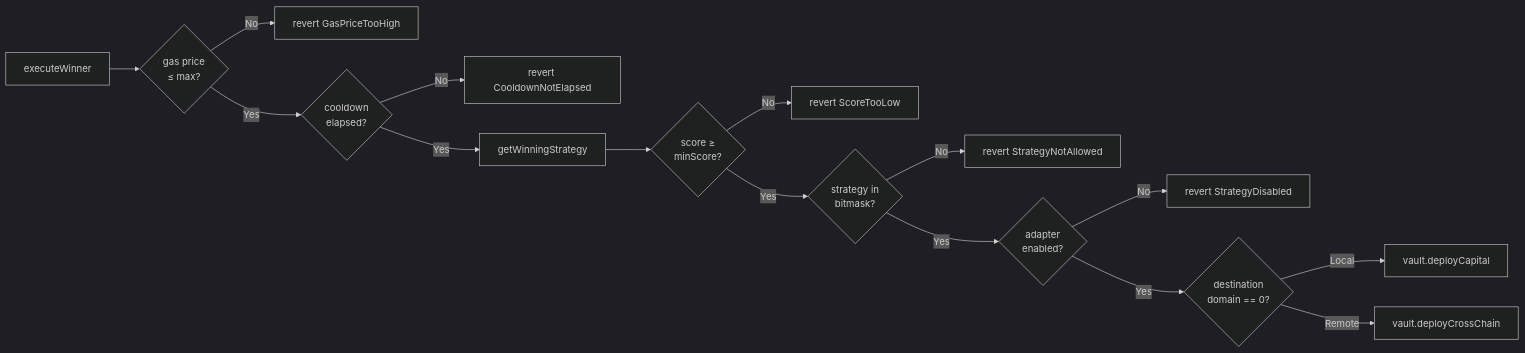
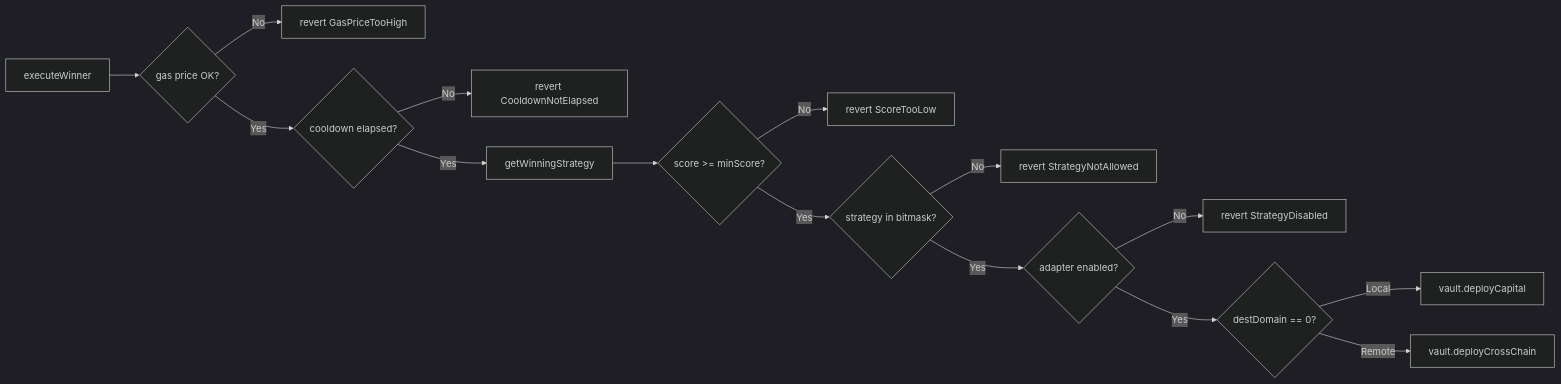
One commit to 0xhaz/DefiVault-Finance changed the third of 10 diagrams in README.md. Above: the diagram before and after it, drawn with Mermaid (dark theme). The commit also changed other lines of this file, not shown here.

````diff
--- a/README.md
+++ b/README.md
@@ -232,17 +232,17 @@
 ```mermaid
 flowchart LR
-    EW[executeWinner] --> GC{gas price\n≤ max?}
+    EW[executeWinner] --> GC{gas price OK?}
     GC -- No --> GP[revert GasPriceTooHigh]
-    GC -- Yes --> CD{cooldown\nelapsed?}
+    GC -- Yes --> CD{cooldown elapsed?}
     CD -- No --> CDE[revert CooldownNotElapsed]
     CD -- Yes --> GWS[getWinningStrategy]
-    GWS --> SC{score ≥\nminScore?}
+    GWS --> SC{score >= minScore?}
     SC -- No --> SL[revert ScoreTooLow]
-    SC -- Yes --> BM{strategy in\nbitmask?}
+    SC -- Yes --> BM{strategy in bitmask?}
     BM -- No --> SM[revert StrategyNotAllowed]
-    BM -- Yes --> AE{adapter\nenabled?}
+    BM -- Yes --> AE{adapter enabled?}
     AE -- No --> SD[revert StrategyDisabled]
-    AE -- Yes --> DD{destination\ndomain == 0?}
+    AE -- Yes --> DD{destDomain == 0?}
     DD -- Local --> VC[vault.deployCapital]
     DD -- Remote --> VX[vault.deployCrossChain]
 ```
````
